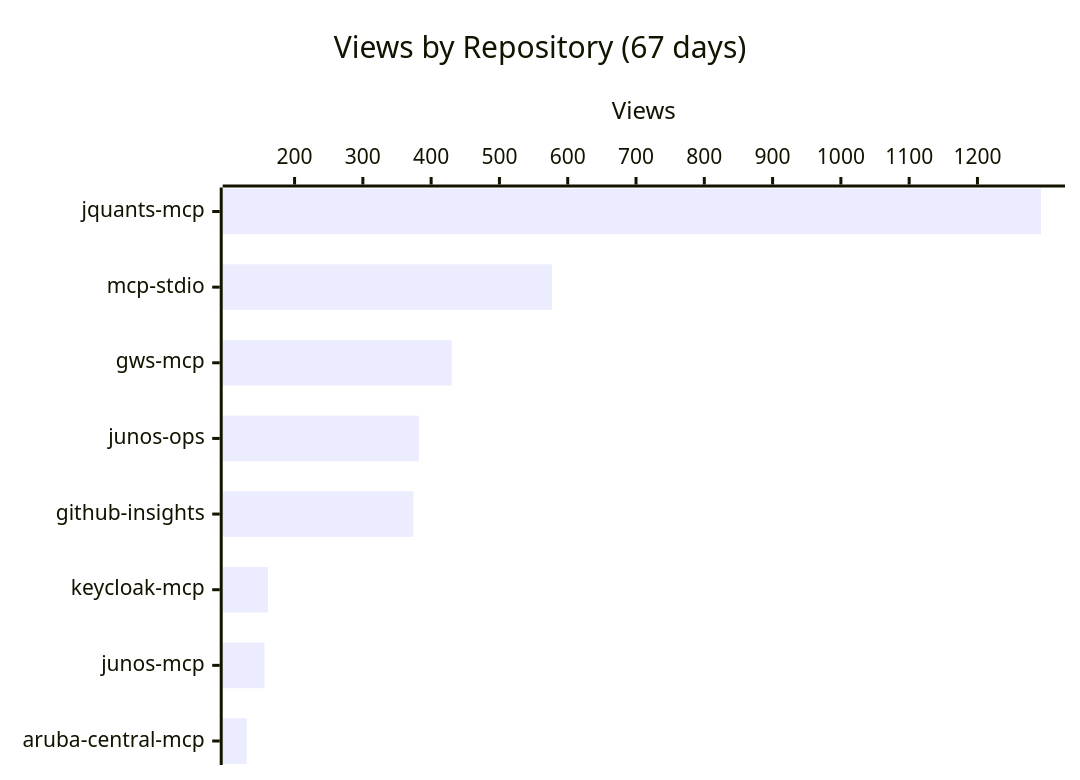
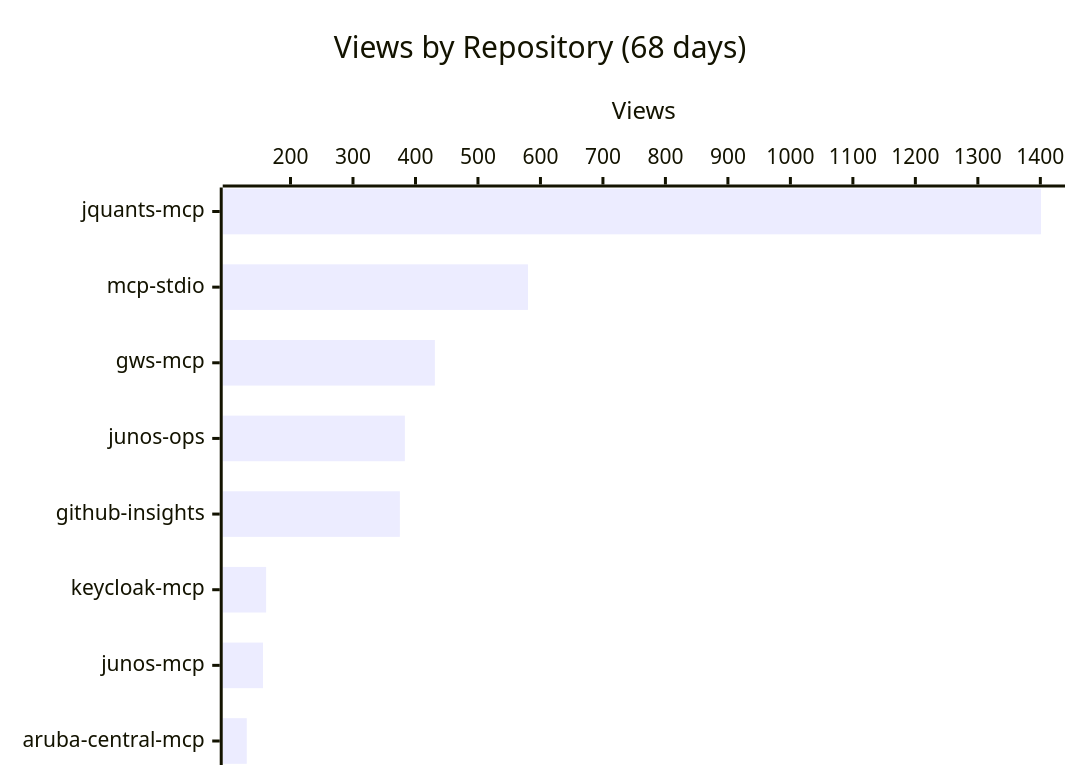
The first of 3 diagrams in README.md (shigechika/github-insights), drawn with Mermaid before and after one commit. The commit also changed other lines of this file and 2 other files, not shown here.

````diff
--- a/README.md
+++ b/README.md
@@ -18,7 +18,7 @@
 ```mermaid
 xychart-beta horizontal
-    title "Views by Repository (67 days)"
+    title "Views by Repository (68 days)"
     x-axis ["jquants-mcp", "mcp-stdio", "gws-mcp", "junos-ops", "github-insights", "keycloak-mcp", "junos-mcp", "aruba-central-mcp"]
     y-axis "Views"
-    bar [1293, 577, 430, 382, 374, 161, 156, 130]
+    bar [1401, 580, 431, 383, 375, 161, 156, 130]
 ```
````
